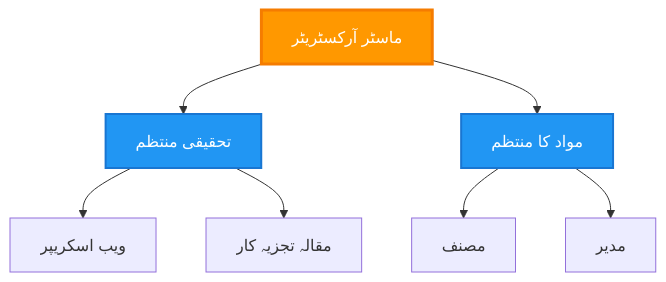
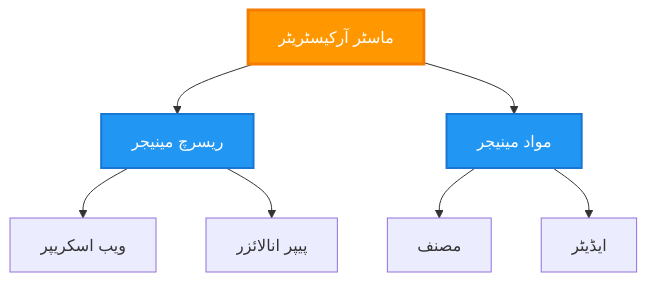
Before and after one commit to microsoft/AZD-for-beginners: the third of 6 diagrams in translations/ur/docs/chapter-06-pre-deployment/coordination-patterns.md, drawn with Mermaid. The commit also changed other lines of this file and 101 other files, not shown here.

````diff
--- a/translations/ur/docs/chapter-06-pre-deployment/coordination-patterns.md
+++ b/translations/ur/docs/chapter-06-pre-deployment/coordination-patterns.md
@@ -151,21 +143,21 @@
 ```mermaid
 graph TB
-    Master[ماسٹر آرکسٹریٹر]
-    Manager1[تحقیقی منتظم]
-    Manager2[مواد کا منتظم]
+    Master[ماسٹر آرکیسٹریٹر]
+    Manager1[ریسرچ مینیجر]
+    Manager2[مواد مینیجر]
     W1[ویب اسکریپر]
-    W2[مقالہ تجزیہ کار]
+    W2[پیپر انالائزر]
     W3[مصنف]
-    W4[مدیر]
+    W4[ایڈیٹر]
     
     Master --> Manager1
     Master --> Manager2
     Manager1 --> W1
     Manager1 --> W2
     Manager2 --> W3
     Manager2 --> W4
     
     style Master fill:#FF9800,stroke:#F57C00,stroke-width:3px,color:#fff
     style Manager1 fill:#2196F3,stroke:#1976D2,stroke-width:2px,color:#fff
     style Manager2 fill:#2196F3,stroke:#1976D2,stroke-width:2px,color:#fff
 ```
````
